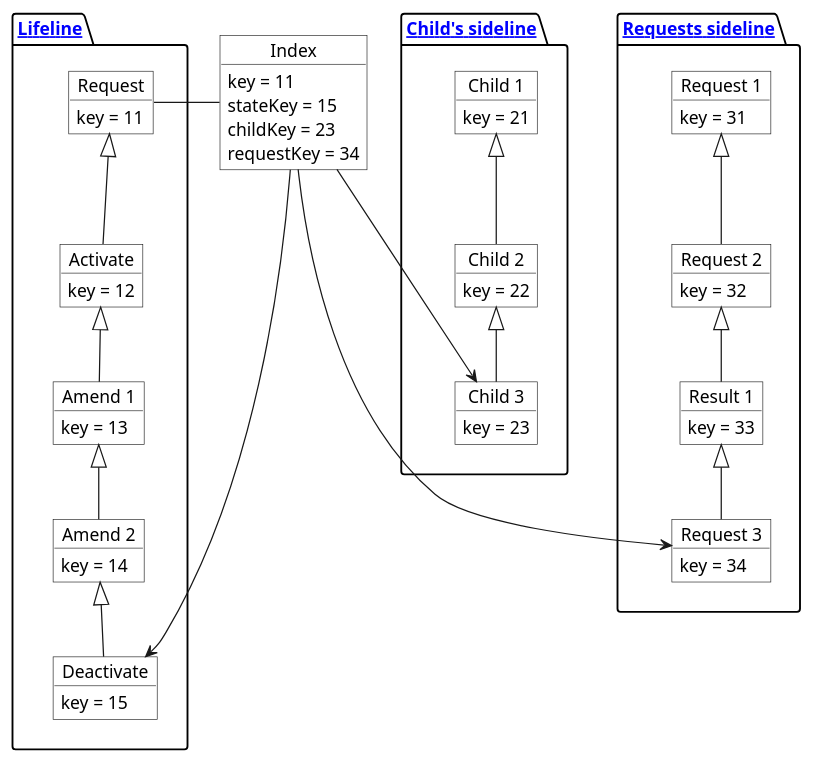
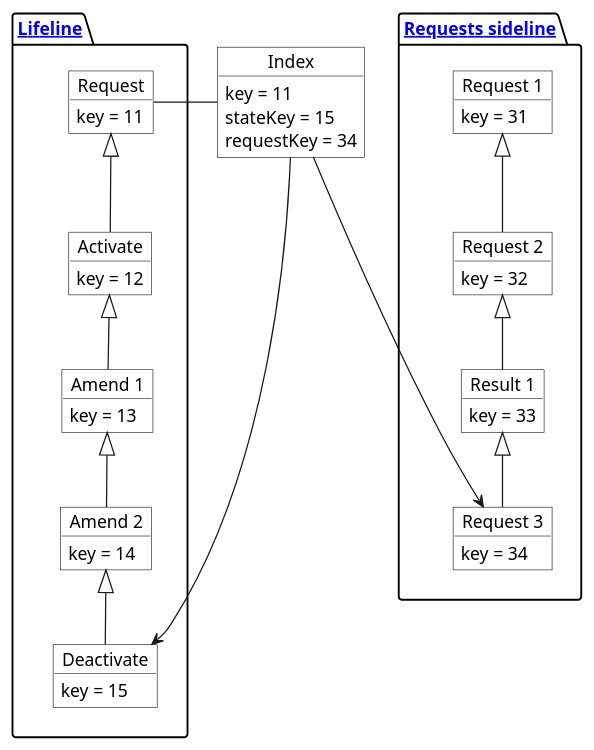
Before and after one commit to insolar/insolar: the third of 4 diagrams in docs/source/architecture.rst, drawn with PlantUML. The commit also changed other lines of this file, not shown here.

Commit message:
Remove child mentions.

```diff
--- a/docs/source/architecture.rst
+++ b/docs/source/architecture.rst
@@ -544,71 +550,55 @@
 .. uml::
 
    skinparam backgroundColor transparent
    skinparam package { 
      backgroundColor transparent
    }
    skinparam object { 
      backgroundColor transparent
    }
 
    package "[[../glossary.html#term-lifeline Lifeline]]" as Lifeline {
       object Request
       object Activate
       object "Amend 1" as Amend1
       object "Amend 2" as Amend2
       object Deactivate
    }
    object Index
 
    Amend2 <|-- Deactivate
    Amend1 <|-- Amend2
    Activate <|-- Amend1
    Request <|-- Activate
 
-   package "[[../glossary.html#term-sideline Child's sideline]]" as chsl {
-      object "Child 1" as Child1
-      object "Child 2" as Child2
-      object "Child 3" as Child3
-   }
-
-   Child1 <|-- Child2
-   Child2 <|-- Child3
-
    package "[[../glossary.html#term-sideline Requests sideline]]" as rsl {
       object "Request 1" as Req1
       object "Request 2" as Req2
       object "Result 1" as Res1
       object "Request 3" as Req3
    }
 
    Req1 <|-- Req2
    Req2 <|-- Res1
    Res1 <|-- Req3
 
    Request : key = 11
    Activate : key = 12
    Amend1 : key = 13
    Amend2 : key = 14
    Deactivate : key = 15
 
-   Child1 : key = 21
-   Child2 : key = 22
-   Child3 : key = 23
-
    Req1 : key = 31
    Req2 : key = 32
    Res1 : key = 33
    Req3 : key = 34
 
    Index : key = 11
    Index : stateKey = 15
-   Index : childKey = 23
    Index : requestKey = 34
 
    Index -- Request
    Index --> Deactivate
-   Index --> Child3
    Index --> Req3
-   Lifeline -[hidden]r- chsl
-   chsl -[hidden]r- rsl
+   Lifeline -[hidden]r- rsl
    rsl  -[hidden]r- Index
```
